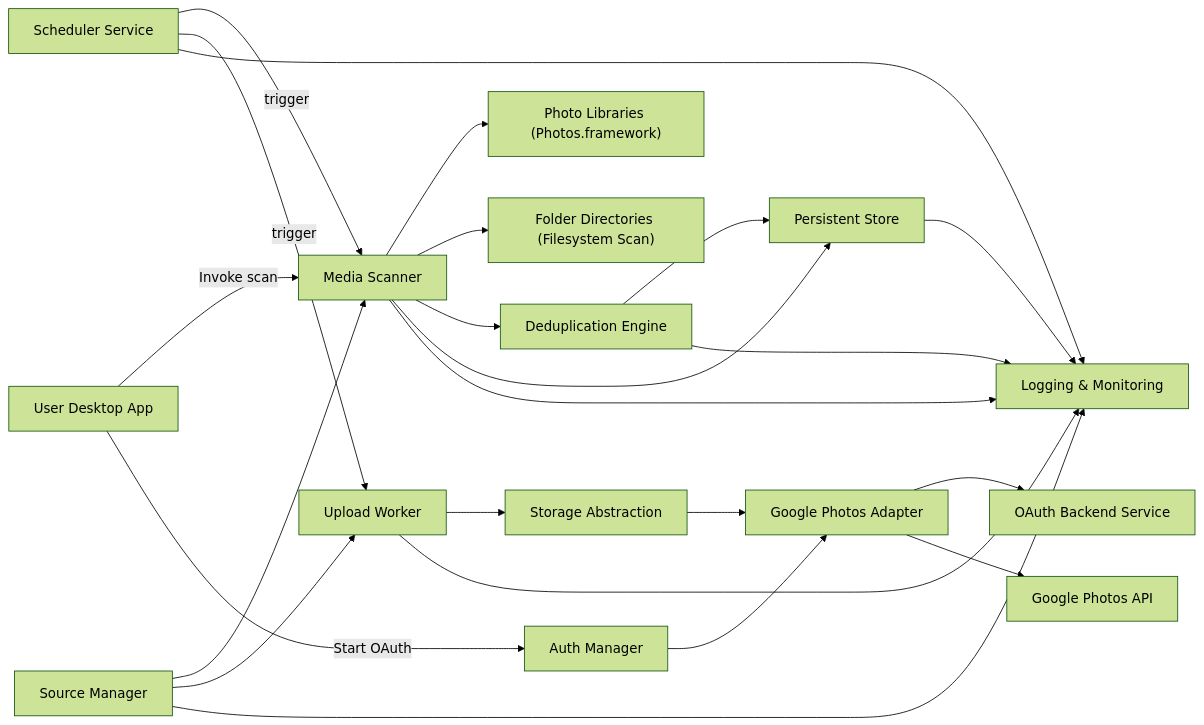
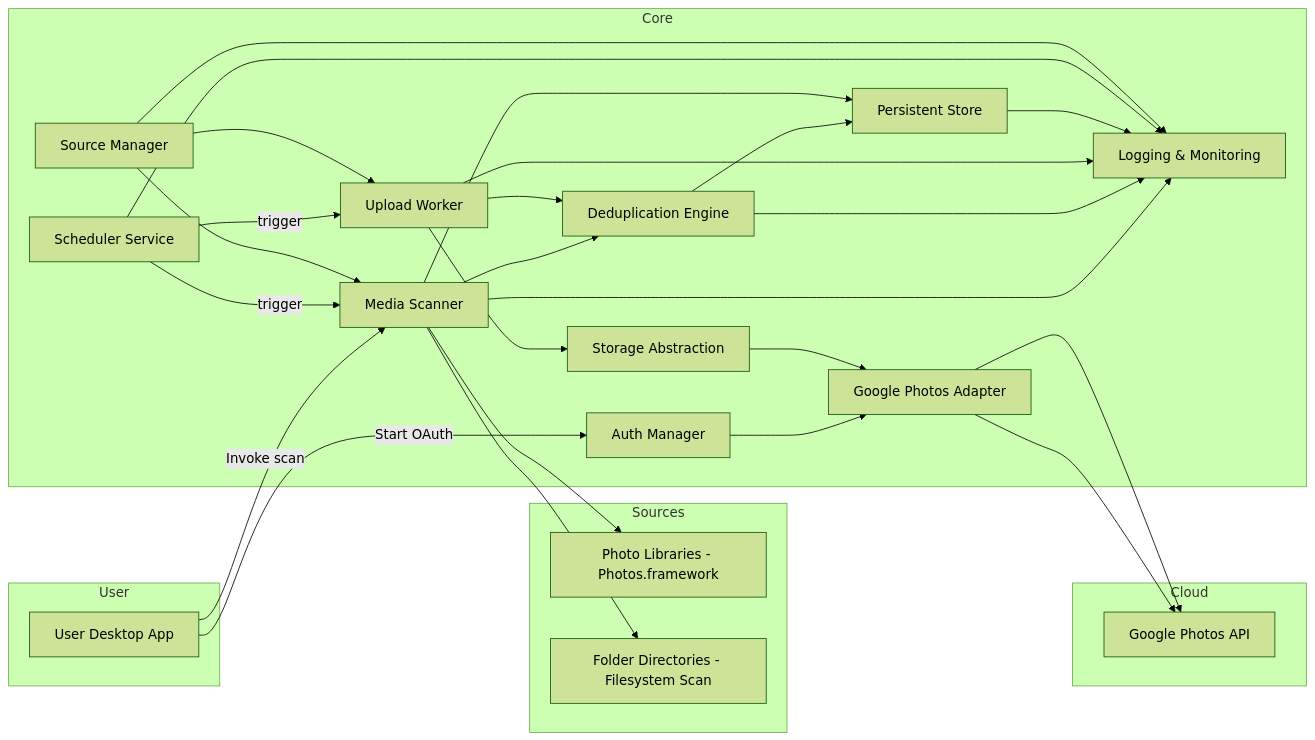
Before and after one commit to jjskuld/photo-migrator: the first of 4 diagrams in docs/3-TDD-HLD.md, drawn with Mermaid (forest theme). The commit also changed other lines of this file and 2 other files, not shown here.

````diff
--- a/docs/3-TDD-HLD.md
+++ b/docs/3-TDD-HLD.md
@@ -64,47 +50,54 @@
 ```mermaid
 flowchart LR
-  User["User Desktop App"]
-  PhotoLib["Photo Libraries (Photos.framework)"]
-  LocalFS["Folder Directories (Filesystem Scan)"]
-  GPAPI["Google Photos API"]
-  OAuthSvc["OAuth Backend Service"]
-  MediaScanner["Media Scanner"]
-  DedupEngine["Deduplication Engine"]
-  UploadWorker["Upload Worker"]
-  PersistentStore["Persistent Store"]
-  AuthManager["Auth Manager"]
-  Scheduler["Scheduler Service"]
-  SourceManager["Source Manager"]
-  StorageAdapter["Storage Abstraction"]
-  GoogleAdapter["Google Photos Adapter"]
-  Logging["Logging & Monitoring"]
+  subgraph User
+    U1[User Desktop App]
+  end
+  subgraph Sources
+    PhotoLib[Photo Libraries - Photos.framework]
+    LocalFS[Folder Directories - Filesystem Scan]
+  end
+  subgraph Cloud
+    GPAPI[Google Photos API]
+  end
+  subgraph Core
+    MediaScanner[Media Scanner]
+    DedupEngine[Deduplication Engine]
+    UploadWorker[Upload Worker]
+    PersistentStore[Persistent Store]
+    Scheduler[Scheduler Service]
+    SourceManager[Source Manager]
+    StorageAdapter[Storage Abstraction]
+    GoogleAdapter[Google Photos Adapter]
+    AuthManager[Auth Manager]
+    Logging[Logging & Monitoring]
+  end
 
-  User -->|Invoke scan| MediaScanner
+  U1 -->|Invoke scan| MediaScanner
   MediaScanner --> PhotoLib
   MediaScanner --> LocalFS
   MediaScanner --> DedupEngine
   DedupEngine --> PersistentStore
   MediaScanner --> PersistentStore
 
-  User -->|Start OAuth| AuthManager
+  U1 -->|Start OAuth| AuthManager
   AuthManager --> GoogleAdapter
-  GoogleAdapter --> OAuthSvc
+  GoogleAdapter --> GPAPI
 
   Scheduler -->|trigger| MediaScanner
   Scheduler -->|trigger| UploadWorker
 
   SourceManager --> MediaScanner
   SourceManager --> UploadWorker
 
+  UploadWorker --> DedupEngine
   UploadWorker --> StorageAdapter
   StorageAdapter --> GoogleAdapter
   GoogleAdapter --> GPAPI
 
-  %% Integrations
   MediaScanner --> Logging
   DedupEngine --> Logging
   UploadWorker --> Logging
   PersistentStore --> Logging
   Scheduler --> Logging
   SourceManager --> Logging
 ```
````
